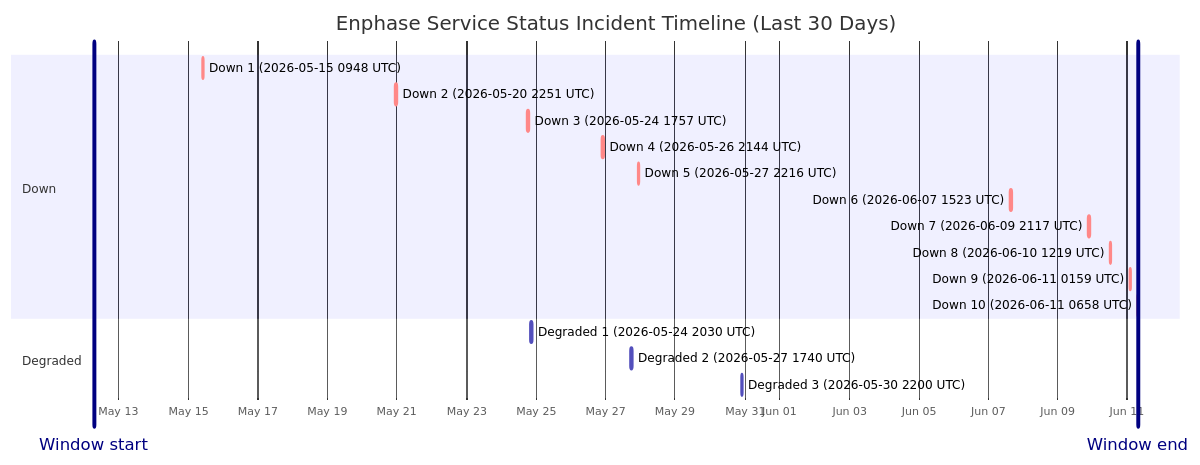
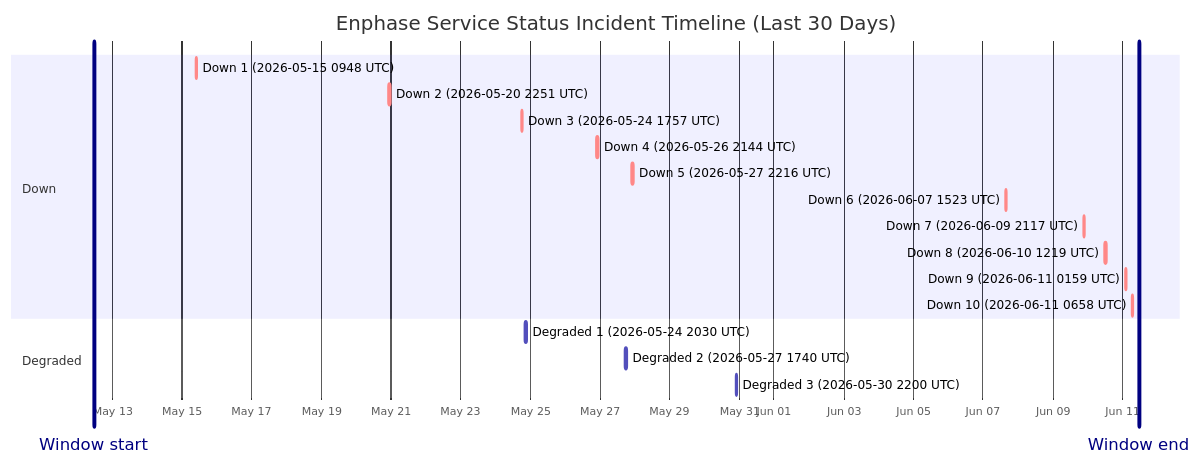
Before and after one commit to barneyonline/ha-enphase-energy: the diagram in wiki/Service-Status-History.md, drawn with Mermaid. The commit also changed other lines of this file and 5 other files, not shown here.

````diff
--- a/wiki/Service-Status-History.md
+++ b/wiki/Service-Status-History.md
@@ -14,23 +14,23 @@
 ```mermaid
 gantt
     title Enphase Service Status Incident Timeline (Last 30 Days)
     dateFormat  YYYY-MM-DDTHH:mm:ss
     axisFormat  %b %d
-    Window start :vert, window-start, 2026-05-12T06:58:45, 0ms
-    Window end :vert, window-end, 2026-06-11T06:58:45, 0ms
+    Window start :vert, window-start, 2026-05-12T11:26:49, 0ms
+    Window end :vert, window-end, 2026-06-11T11:26:49, 0ms
     section Down
     Down 1 (2026-05-15 0948 UTC) :crit, down-1, 2026-05-15T09:48:18, 60m
     Down 2 (2026-05-20 2251 UTC) :crit, down-2, 2026-05-20T22:51:14, 75m
     Down 3 (2026-05-24 1757 UTC) :crit, down-3, 2026-05-24T17:57:41, 86m
     Down 4 (2026-05-26 2144 UTC) :crit, down-4, 2026-05-26T21:44:11, 85m
     Down 5 (2026-05-27 2216 UTC) :crit, down-5, 2026-05-27T22:16:53, 87m
     Down 6 (2026-06-07 1523 UTC) :crit, down-6, 2026-06-07T15:23:22, 87m
     Down 7 (2026-06-09 2117 UTC) :crit, down-7, 2026-06-09T21:17:17, 60m
     Down 8 (2026-06-10 1219 UTC) :crit, down-8, 2026-06-10T12:19:21, 60m
     Down 9 (2026-06-11 0159 UTC) :crit, down-9, 2026-06-11T01:59:36, 60m
     Down 10 (2026-06-11 0658 UTC) :crit, down-10, 2026-06-11T06:58:45, 60m
     section Degraded
     Degraded 1 (2026-05-24 2030 UTC) :active, degraded-1, 2026-05-24T20:30:57, 84m
     Degraded 2 (2026-05-27 1740 UTC) :active, degraded-2, 2026-05-27T17:40:52, 60m
     Degraded 3 (2026-05-30 2200 UTC) :active, degraded-3, 2026-05-30T22:00:37, 60m
 ```
````
